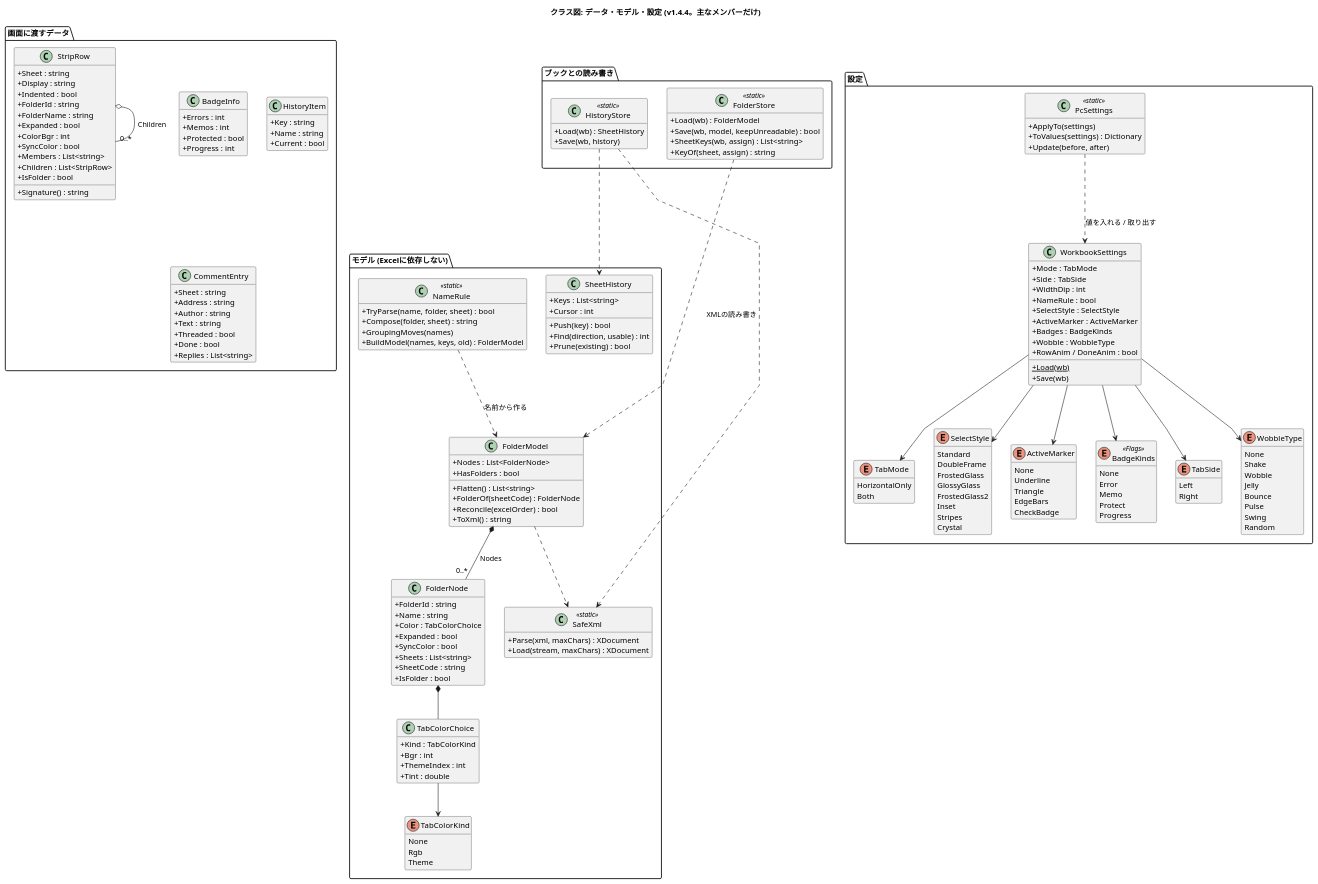
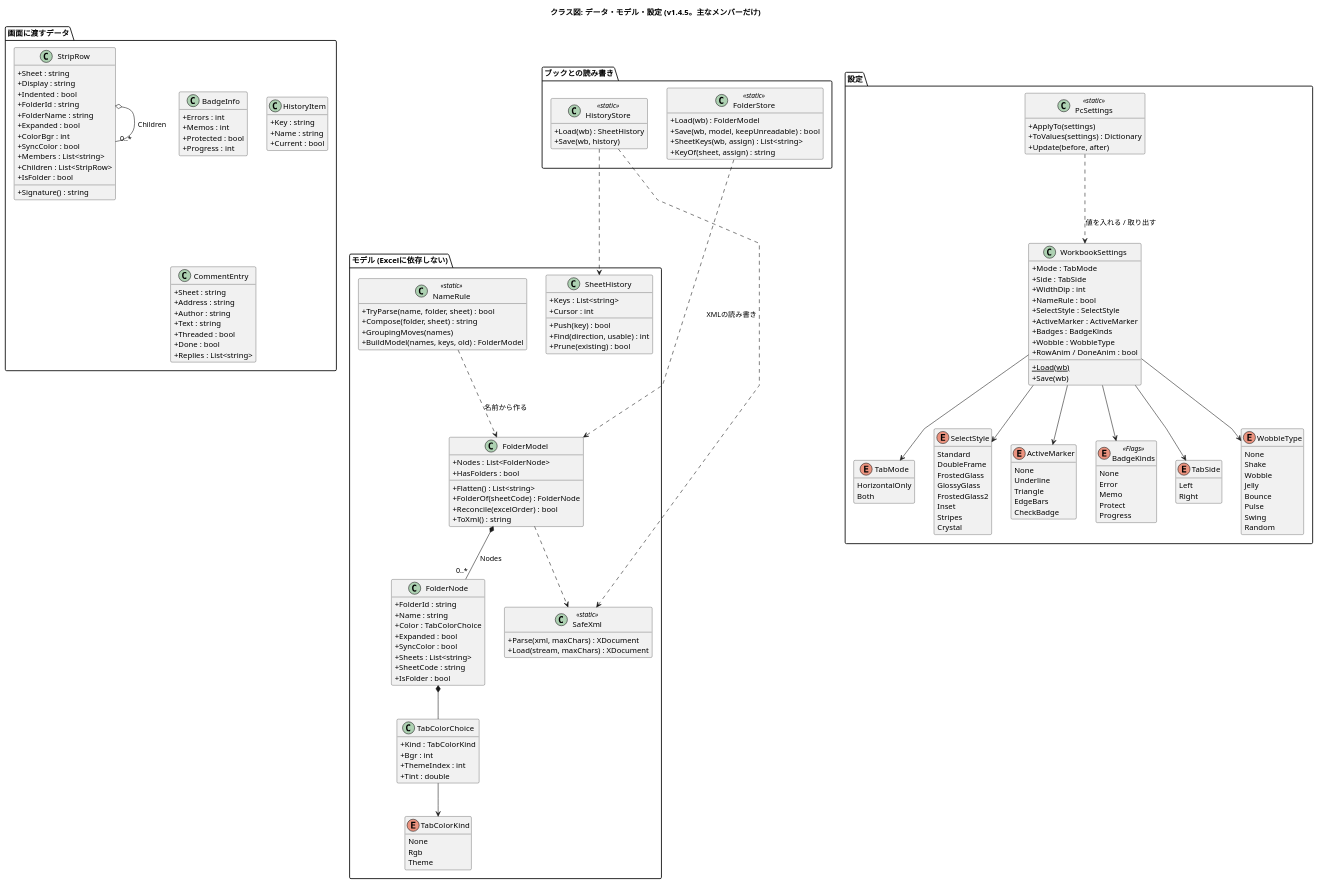
The diagram in docs/class-data.puml (nk-taka623/VerticalSheetTabs), drawn with PlantUML before and after one commit. The commit also changed 14 other files, not shown here.

Commit message:
v1.4.5 にする (バージョン、README の変更点、設計図の版数)

```diff
--- a/docs/class-data.puml
+++ b/docs/class-data.puml
@@ -1,188 +1,188 @@
 @startuml
-title クラス図: データ・モデル・設定 (v1.4.4。主なメンバーだけ)
+title クラス図: データ・モデル・設定 (v1.4.5。主なメンバーだけ)
 skinparam shadowing false
 skinparam classAttributeIconSize 0
 skinparam linetype polyline
 hide empty members
 
 package "モデル (Excelに依存しない)" {
   class FolderModel {
     +Nodes : List<FolderNode>
     +HasFolders : bool
     +Flatten() : List<string>
     +FolderOf(sheetCode) : FolderNode
     +Reconcile(excelOrder) : bool
     +ToXml() : string
   }
   class FolderNode {
     +FolderId : string
     +Name : string
     +Color : TabColorChoice
     +Expanded : bool
     +SyncColor : bool
     +Sheets : List<string>
     +SheetCode : string
     +IsFolder : bool
   }
   class TabColorChoice {
     +Kind : TabColorKind
     +Bgr : int
     +ThemeIndex : int
     +Tint : double
   }
   enum TabColorKind {
     None
     Rgb
     Theme
   }
   class SheetHistory {
     +Keys : List<string>
     +Cursor : int
     +Push(key) : bool
     +Find(direction, usable) : int
     +Prune(existing) : bool
   }
   class NameRule <<static>> {
     +TryParse(name, folder, sheet) : bool
     +Compose(folder, sheet) : string
     +GroupingMoves(names)
     +BuildModel(names, keys, old) : FolderModel
   }
   class SafeXml <<static>> {
     +Parse(xml, maxChars) : XDocument
     +Load(stream, maxChars) : XDocument
   }
 }
 
 package "ブックとの読み書き" {
   class FolderStore <<static>> {
     +Load(wb) : FolderModel
     +Save(wb, model, keepUnreadable) : bool
     +SheetKeys(wb, assign) : List<string>
     +KeyOf(sheet, assign) : string
   }
   class HistoryStore <<static>> {
     +Load(wb) : SheetHistory
     +Save(wb, history)
   }
 }
 
 package "設定" {
   class WorkbookSettings {
     +Mode : TabMode
     +Side : TabSide
     +WidthDip : int
     +NameRule : bool
     +SelectStyle : SelectStyle
     +ActiveMarker : ActiveMarker
     +Badges : BadgeKinds
     +Wobble : WobbleType
     +RowAnim / DoneAnim : bool
     +Load(wb) {static}
     +Save(wb)
   }
   class PcSettings <<static>> {
     +ApplyTo(settings)
     +ToValues(settings) : Dictionary
     +Update(before, after)
   }
   enum TabMode {
     HorizontalOnly
     Both
   }
   enum SelectStyle {
     Standard
     DoubleFrame
     FrostedGlass
     GlossyGlass
     FrostedGlass2
     Inset
     Stripes
     Crystal
   }
   enum ActiveMarker {
     None
     Underline
     Triangle
     EdgeBars
     CheckBadge
   }
   enum BadgeKinds <<Flags>> {
     None
     Error
     Memo
     Protect
     Progress
   }
   enum TabSide {
     Left
     Right
   }
   enum WobbleType {
     None
     Shake
     Wobble
     Jelly
     Bounce
     Pulse
     Swing
     Random
   }
 }
 
 package "画面に渡すデータ" {
   class StripRow {
     +Sheet : string
     +Display : string
     +Indented : bool
     +FolderId : string
     +FolderName : string
     +Expanded : bool
     +ColorBgr : int
     +SyncColor : bool
     +Members : List<string>
     +Children : List<StripRow>
     +IsFolder : bool
     +Signature() : string
   }
   class BadgeInfo {
     +Errors : int
     +Memos : int
     +Protected : bool
     +Progress : int
   }
   class HistoryItem {
     +Key : string
     +Name : string
     +Current : bool
   }
   class CommentEntry {
     +Sheet : string
     +Address : string
     +Author : string
     +Text : string
     +Threaded : bool
     +Done : bool
     +Replies : List<string>
   }
 }
 
 FolderModel *-- "0..*" FolderNode : Nodes
 FolderNode *-- TabColorChoice
 TabColorChoice --> TabColorKind
 StripRow o-- "0..*" StripRow : Children
 
 FolderStore ..> FolderModel : XMLの読み書き
 FolderModel ..> SafeXml
 HistoryStore ..> SheetHistory
 HistoryStore ..> SafeXml
 NameRule ..> FolderModel : 名前から作る
 
 WorkbookSettings --> TabMode
 WorkbookSettings --> TabSide
 WorkbookSettings --> SelectStyle
 WorkbookSettings --> ActiveMarker
 WorkbookSettings --> BadgeKinds
 WorkbookSettings --> WobbleType
 PcSettings ..> WorkbookSettings : 値を入れる / 取り出す
 @enduml
```
